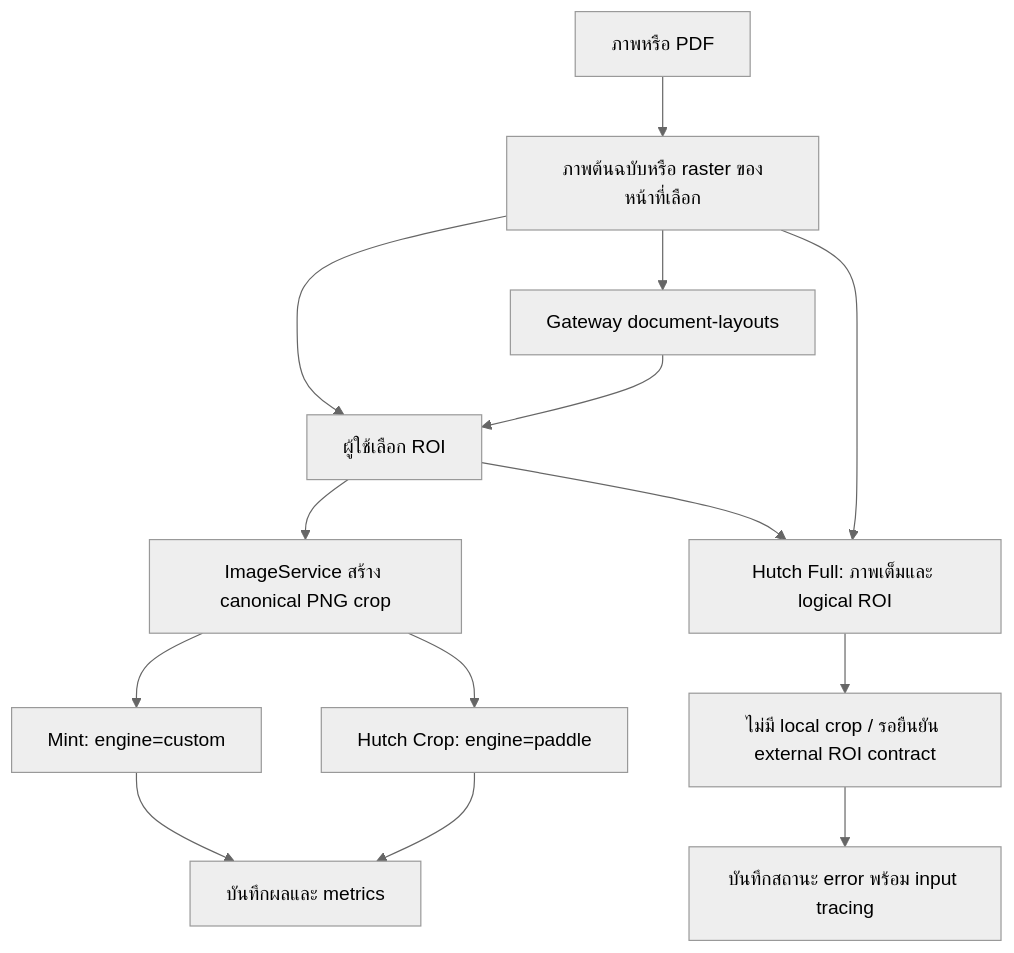
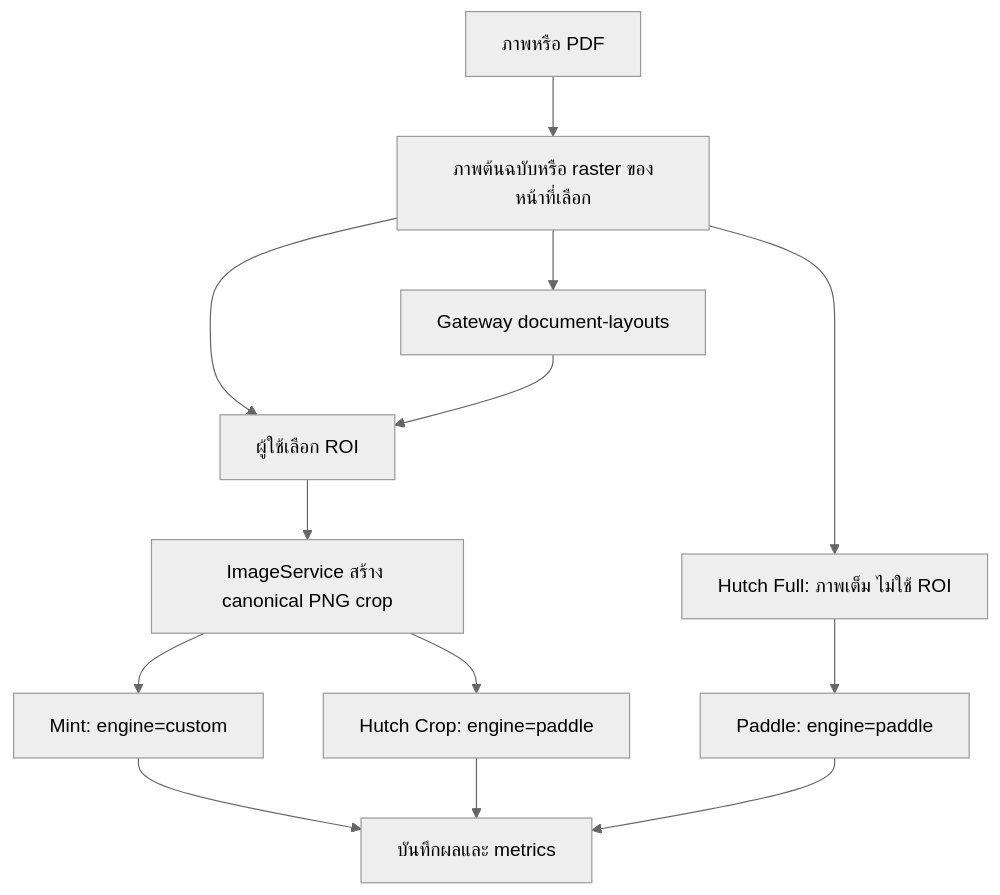
One commit to jackchayapon/ocrtest changed the diagram in docs/flow.md. Above: the diagram before and after it, drawn with Mermaid (neutral theme). The commit also changed other lines of this file and 29 other files, not shown here.

````diff
--- a/docs/flow.md
+++ b/docs/flow.md
@@ -10,16 +10,15 @@
 ```mermaid
 flowchart TD
   Upload[ภาพหรือ PDF] --> Page[ภาพต้นฉบับหรือ raster ของหน้าที่เลือก]
   Page --> Select[ผู้ใช้เลือก ROI]
   Page --> Auto[Gateway document-layouts]
   Auto --> Select
   Select --> Crop[ImageService สร้าง canonical PNG crop]
   Crop --> Mint[Mint: engine=custom]
   Crop --> Hutch[Hutch Crop: engine=paddle]
-  Page --> Full[Hutch Full: ภาพเต็มและ logical ROI]
-  Select --> Full
-  Full --> Pending[ไม่มี local crop / รอยืนยัน external ROI contract]
+  Page --> Full[Hutch Full: ภาพเต็ม ไม่ใช้ ROI]
+  Full --> Paddle[Paddle: engine=paddle]
   Mint --> Save[บันทึกผลและ metrics]
   Hutch --> Save
-  Pending --> Error[บันทึกสถานะ error พร้อม input tracing]
+  Paddle --> Save
 ```
````
